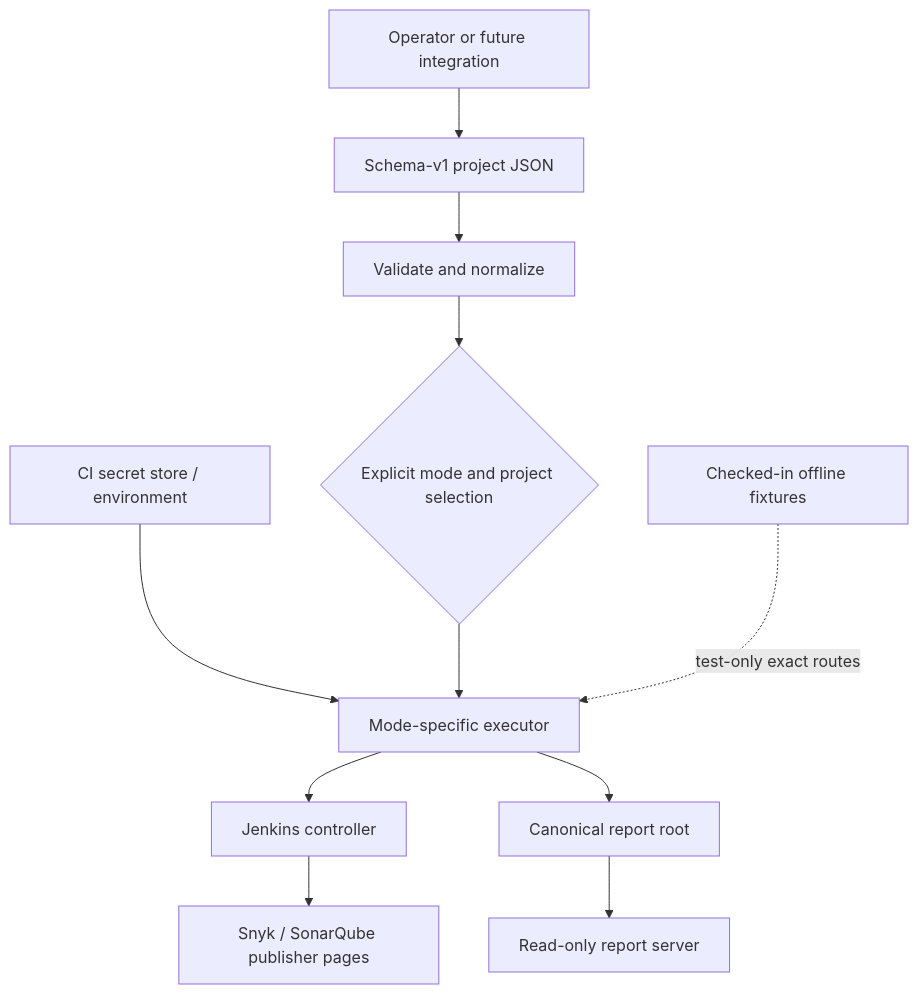
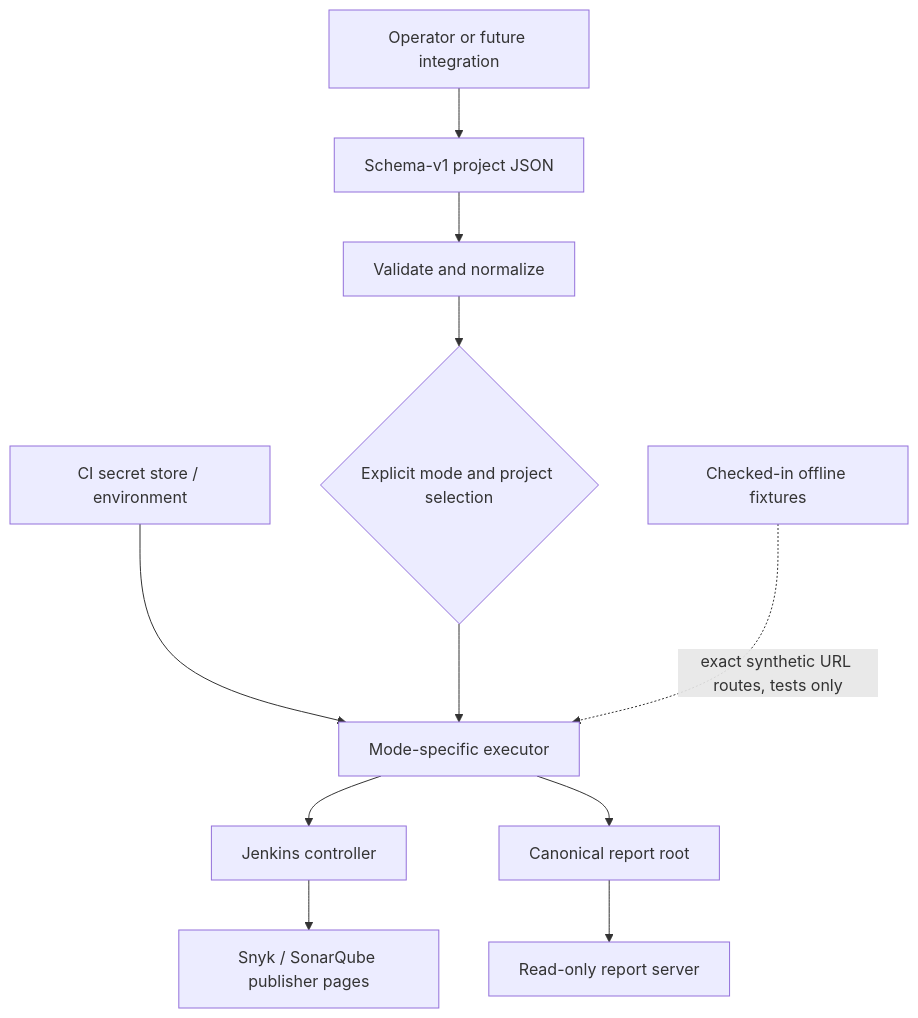
The first of 3 diagrams in docs/system-architecture.md (loidinhm31/auto-jobs), drawn with Mermaid before and after one commit. The commit also changed other lines of this file and 19 other files, not shown here.

Commit message:
feat(templates): implement build-page fixture and exact auto-build routes

````diff
--- a/docs/system-architecture.md
+++ b/docs/system-architecture.md
@@ -18,13 +20,13 @@
 ```mermaid
 flowchart TB
   Operator[Operator or future integration] --> ConfigFile[Schema-v1 project JSON]
   Secrets[CI secret store / environment] --> Executor
   ConfigFile --> Loader[Validate and normalize]
   Loader --> Selector{Explicit mode and project selection}
   Selector --> Executor[Mode-specific executor]
   Executor --> Jenkins[Jenkins controller]
   Jenkins --> ReportSources[Snyk / SonarQube publisher pages]
   Executor --> ReportRoot[Canonical report root]
   ReportRoot --> ReadOnlyServer[Read-only report server]
-  Templates[Checked-in offline fixtures] -. test-only exact routes .-> Executor
+  Templates[Checked-in offline fixtures] -. exact synthetic URL routes, tests only .-> Executor
 ```
````
